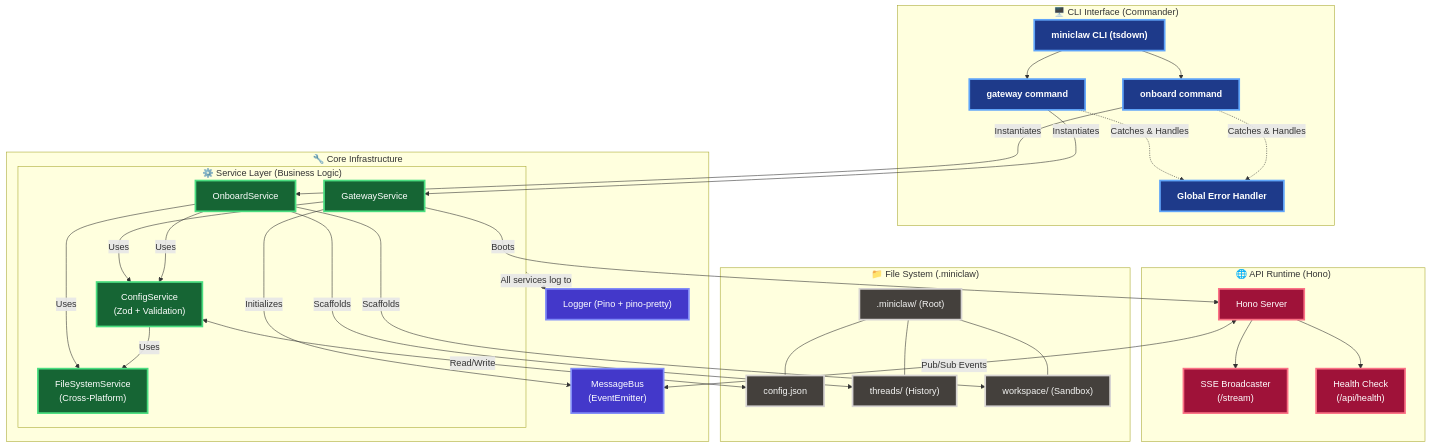
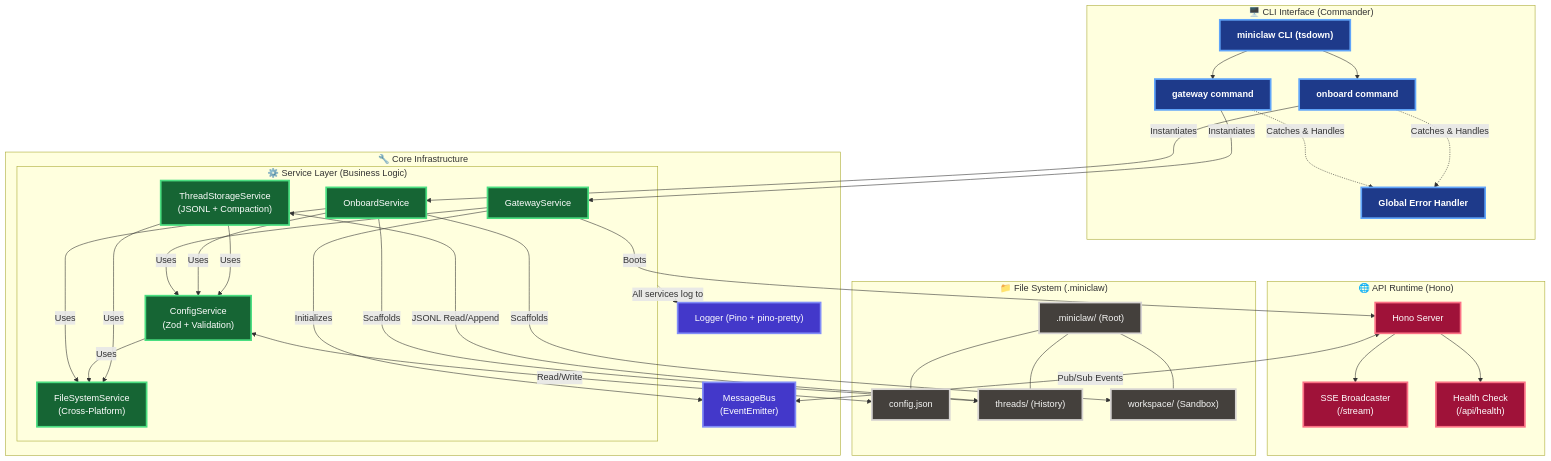
The diagram in miniclaw/docs/feature-tracker.md (zAcherttp/nanobot), drawn with Mermaid before and after one commit. The commit also changed other lines of this file and 10 other files, not shown here.

Commit message:
feat: implement thread storage service, message bus, and error handling framework

```diff
--- a/miniclaw/docs/feature-tracker.md
+++ b/miniclaw/docs/feature-tracker.md
@@ -28,6 +28,7 @@
         OnboardSvc["OnboardService"]
         ConfigSvc["ConfigService<br/>(Zod + Validation)"]
         FileSystemSvc["FileSystemService<br/>(Cross-Platform)"]
+        ThreadSvc["ThreadStorageService<br/>(JSONL + Compaction)"]
         
         GatewayCmd -->|"Instantiates"| GatewaySvc
         OnboardCmd -->|"Instantiates"| OnboardSvc
@@ -36,6 +37,8 @@
         OnboardSvc -->|"Uses"| ConfigSvc
         OnboardSvc -->|"Uses"| FileSystemSvc
         ConfigSvc -->|"Uses"| FileSystemSvc
+        ThreadSvc -->|"Uses"| FileSystemSvc
+        ThreadSvc -->|"Uses"| ConfigSvc
     end
 
     %% =============================================
@@ -80,6 +83,7 @@
         ConfigSvc <-->|"Read/Write"| ConfigJSON
         OnboardSvc -->|"Scaffolds"| ThreadsDir
         OnboardSvc -->|"Scaffolds"| WorkspaceDir
+        ThreadSvc <-->|"JSONL Read/Append"| ThreadsDir
     end
 
     %% =============== Styling ===================
@@ -90,7 +94,7 @@
     classDef fs fill:#44403c, color:#f5f5f4, stroke:#d6d3d1, stroke-width:3px;
 
     class Index,GatewayCmd,OnboardCmd,GlobalErr cli;
-    class GatewaySvc,OnboardSvc,ConfigSvc,FileSystemSvc svc;
+    class GatewaySvc,OnboardSvc,ConfigSvc,FileSystemSvc,ThreadSvc svc;
     class Bus,Logger core;
     class HonoApp,SSE,Health api;
     class MiniclawDir,ConfigJSON,ThreadsDir,WorkspaceDir fs;
```
